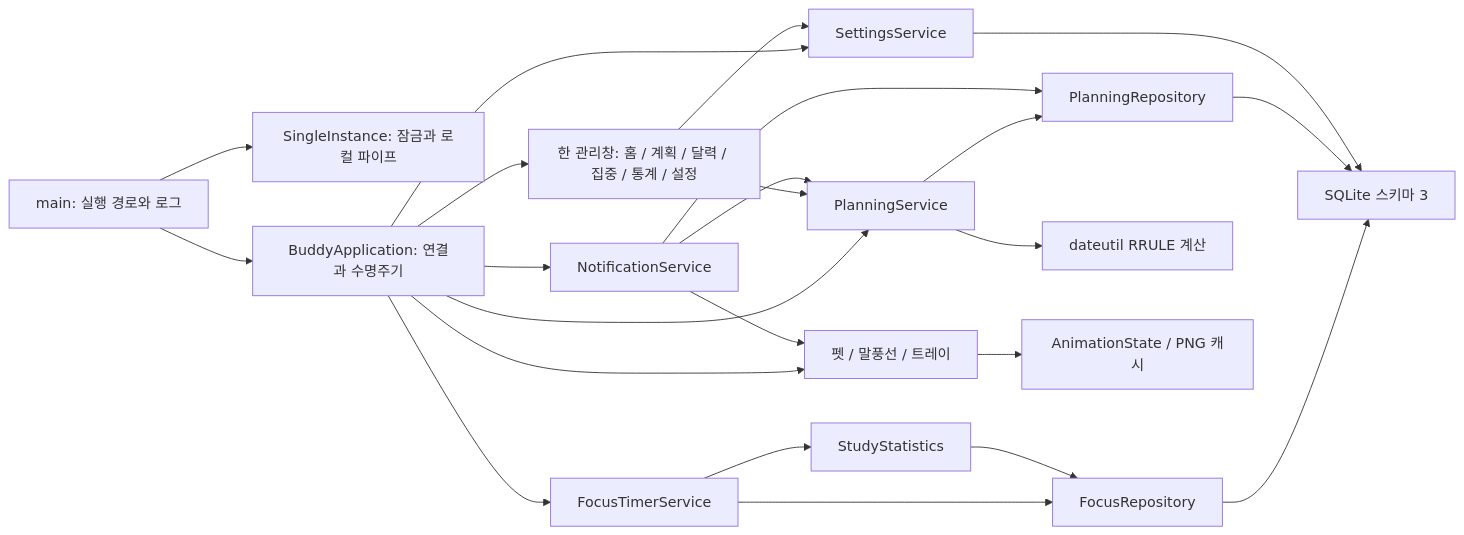
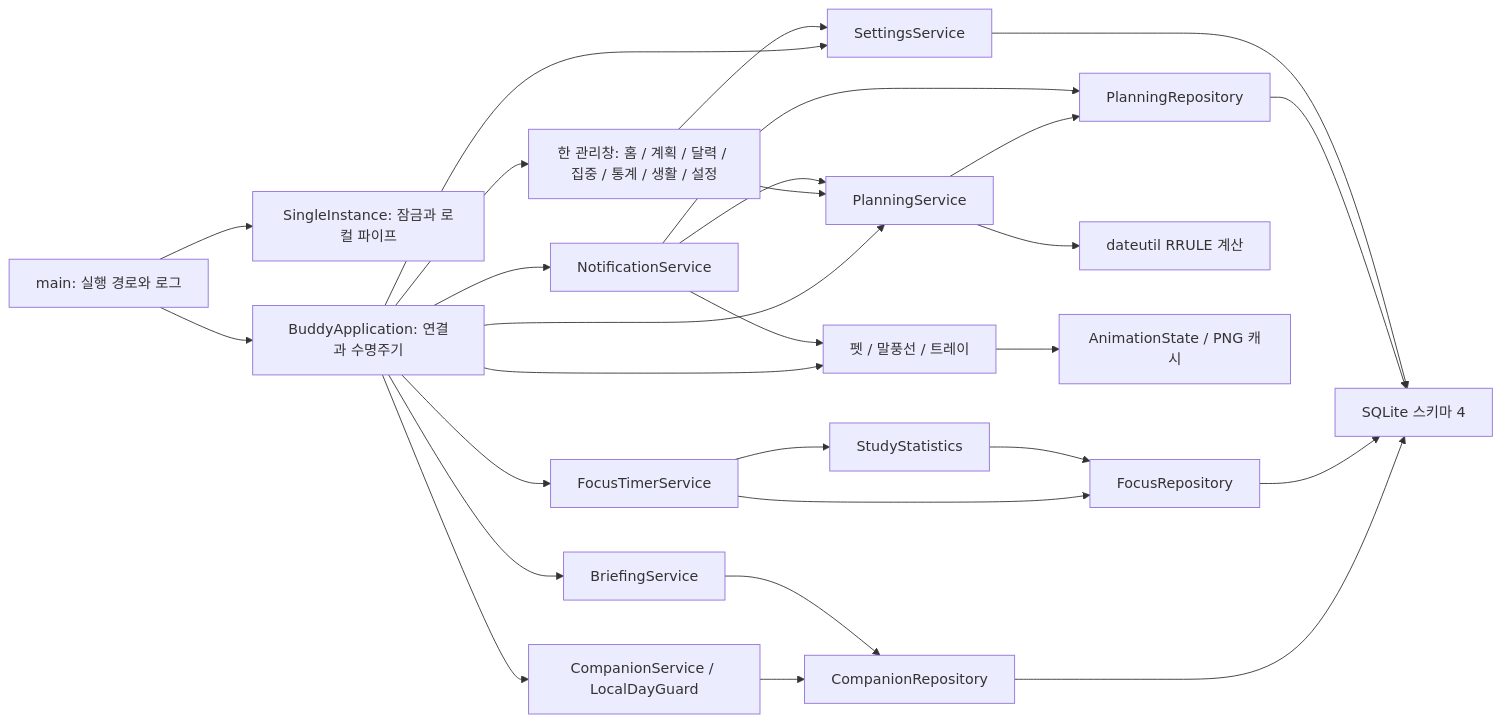
One commit to ksmin4347/Chiikawa_buddy changed the diagram in ARCHITECTURE.md. Above: the diagram before and after it, drawn with Mermaid. The commit also changed other lines of this file and 26 other files, not shown here.

````diff
--- a/ARCHITECTURE.md
+++ b/ARCHITECTURE.md
@@ -5,25 +5,30 @@
 ```mermaid
 flowchart LR
     Main[main: 실행 경로와 로그] --> Guard[SingleInstance: 잠금과 로컬 파이프]
     Main --> App[BuddyApplication: 연결과 수명주기]
     App --> Settings[SettingsService]
     App --> Planning[PlanningService]
     App --> Notifications[NotificationService]
     App --> Focus[FocusTimerService]
+    App --> Companion[CompanionService / LocalDayGuard]
+    Companion --> Routines[CompanionRepository]
+    App --> Briefing[BriefingService]
+    Briefing --> Routines
+    Routines --> DB
     Focus --> Stats[StudyStatistics]
     Focus --> FocusRepo[FocusRepository]
     Stats --> FocusRepo
     FocusRepo --> DB
-    App --> Views[한 관리창: 홈 / 계획 / 달력 / 집중 / 통계 / 설정]
+    App --> Views[한 관리창: 홈 / 계획 / 달력 / 집중 / 통계 / 생활 / 설정]
     App --> Pet[펫 / 말풍선 / 트레이]
     Views --> Settings
     Views --> Planning
     Planning --> Repo[PlanningRepository]
-    Repo --> DB[SQLite 스키마 3]
+    Repo --> DB[SQLite 스키마 4]
     Settings --> DB
     Notifications --> Planning
     Notifications --> Repo
     Notifications --> Pet
     Planning --> Repeat[dateutil RRULE 계산]
     Pet --> Animation[AnimationState / PNG 캐시]
 ```
````
